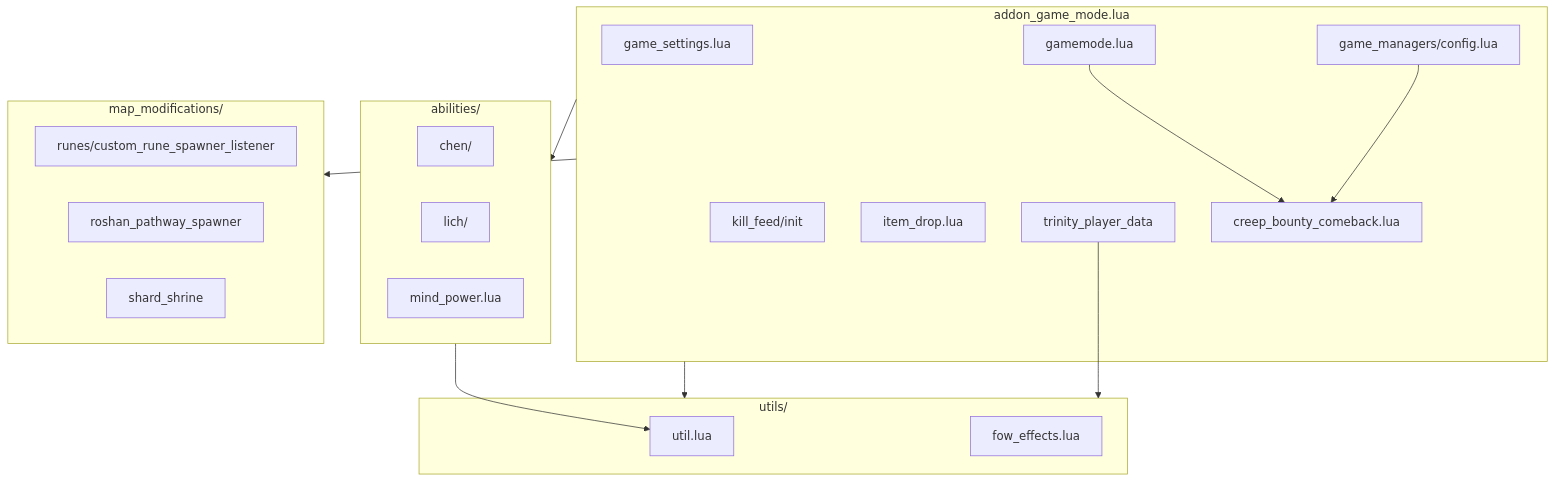
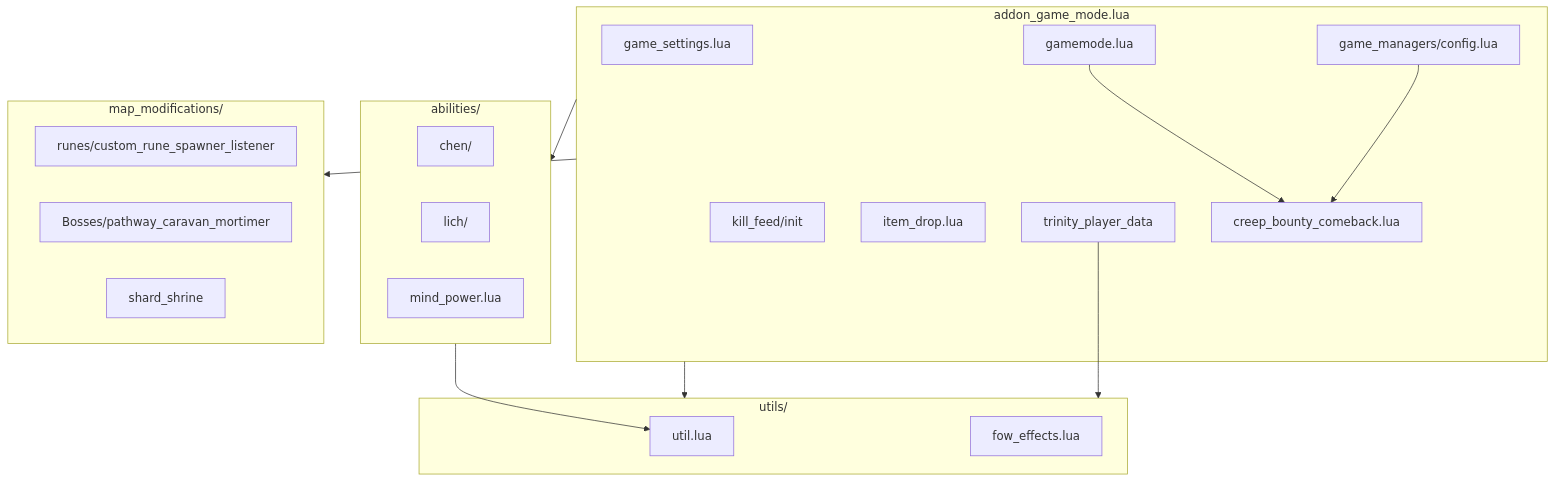
Before and after one commit to konalt1/Trinity: the third of 5 diagrams in docs/AGENTS.md, drawn with Mermaid. The commit also changed other lines of this file and 36 other files, not shown here.

````diff
--- a/docs/AGENTS.md
+++ b/docs/AGENTS.md
@@ -973,37 +1016,37 @@
 ```mermaid
 graph TB
     subgraph Entry["addon_game_mode.lua"]
         GS[game_settings.lua]
         GM[gamemode.lua]
         CFG[game_managers/config.lua]
         CBC[creep_bounty_comeback.lua]
         KF[kill_feed/init]
         ID[item_drop.lua]
         PD[trinity_player_data]
     end
 
     subgraph Utils["utils/"]
         UTIL[util.lua]
         FOW[fow_effects.lua]
     end
 
     subgraph Heroes["abilities/"]
         CHEN[chen/]
         LICH[lich/]
         MP[mind_power.lua]
     end
 
     subgraph Map["map_modifications/"]
         RUNES[runes/custom_rune_spawner_listener]
-        ROSH[roshan_pathway_spawner]
+        PATH[Bosses/pathway_caravan_mortimer]
         SHR[shard_shrine]
     end
 
     Entry --> Utils
     Entry --> Heroes
     Entry --> Map
     GM --> CBC
     CFG --> CBC
     PD --> Utils
     Heroes --> UTIL
 ```
````
